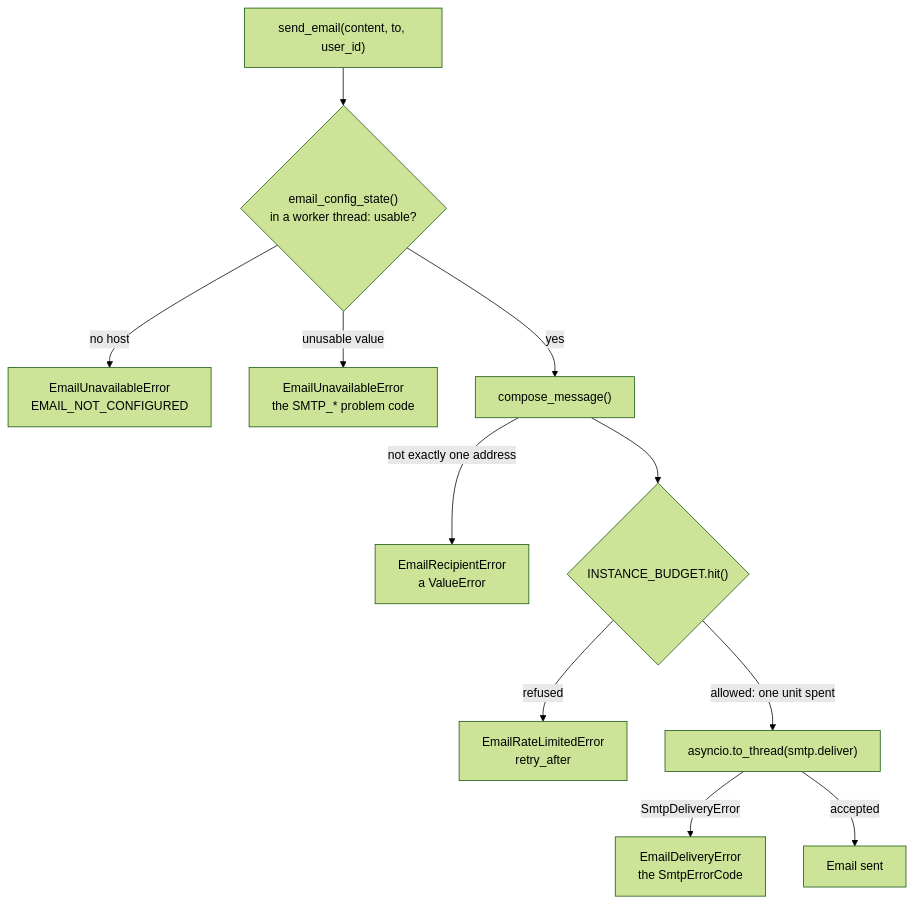
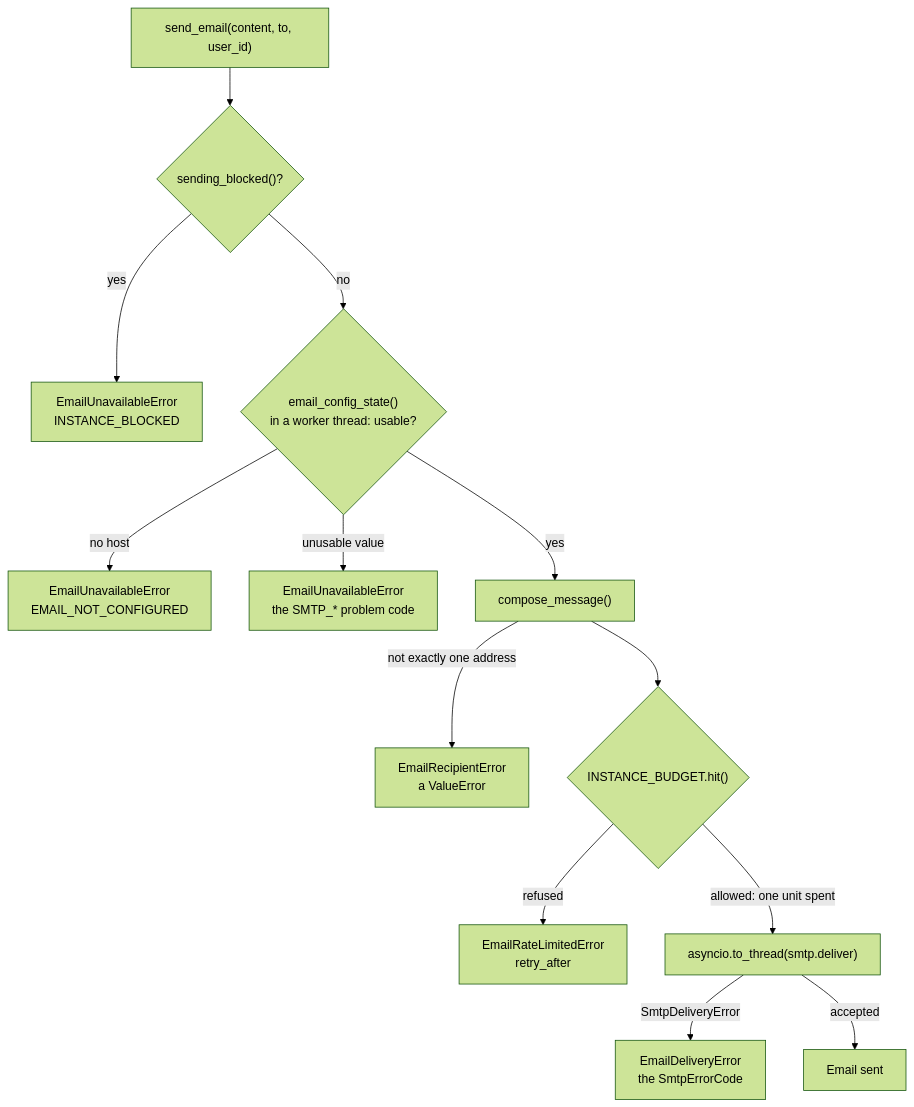
Before and after one commit to Librefolio/LibreFolio: the diagram in mkdocs_src/docs/developer/backend/email.md, drawn with Mermaid (forest theme). The commit also changed other lines of this file and 11 other files, not shown here.

````diff
--- a/mkdocs_src/docs/developer/backend/email.md
+++ b/mkdocs_src/docs/developer/backend/email.md
@@ -205,13 +210,15 @@
 ```mermaid
 flowchart TD
-    Call["send_email(content, to, user_id)"] --> State{"email_config_state()<br/>in a worker thread: usable?"}
+    Call["send_email(content, to, user_id)"] --> Blocked{"sending_blocked()?"}
+    Blocked -->|yes| Held["EmailUnavailableError<br/>INSTANCE_BLOCKED"]
+    Blocked -->|no| State{"email_config_state()<br/>in a worker thread: usable?"}
     State -->|"no host"| Off["EmailUnavailableError<br/>EMAIL_NOT_CONFIGURED"]
     State -->|"unusable value"| Bad["EmailUnavailableError<br/>the SMTP_* problem code"]
     State -->|yes| Compose["compose_message()"]
     Compose -->|"not exactly one address"| Value["EmailRecipientError<br/>a ValueError"]
     Compose --> Budget{"INSTANCE_BUDGET.hit()"}
     Budget -->|refused| Limited["EmailRateLimitedError<br/>retry_after"]
     Budget -->|"allowed: one unit spent"| Thread["asyncio.to_thread(smtp.deliver)"]
     Thread -->|"SmtpDeliveryError"| Failed["EmailDeliveryError<br/>the SmtpErrorCode"]
     Thread -->|accepted| Sent["Email sent"]
 ```
````
